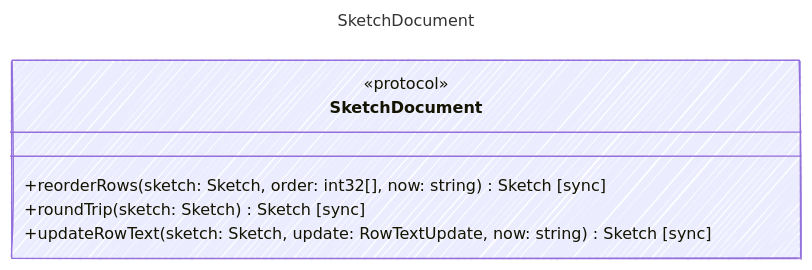
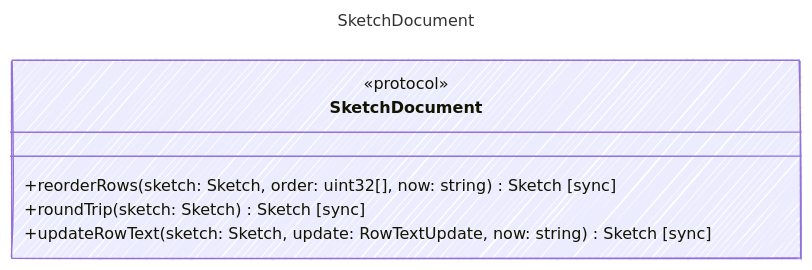
The diagram in contracts/generated/markdown/SketchDocument.md (sethjuarez/cutready), drawn with Mermaid before and after one commit. The commit also changed other lines of this file and 41 other files, not shown here.

````diff
--- a/contracts/generated/markdown/SketchDocument.md
+++ b/contracts/generated/markdown/SketchDocument.md
@@ -17,17 +17,17 @@
 ```mermaid
 ---
 title: SketchDocument
 config:
   look: handDrawn
   theme: colorful
   class:
     hideEmptyMembersBox: true
 ---
 classDiagram
     class SketchDocument {
       <<protocol>>
-        +reorderRows(sketch: Sketch, order: int32[], now: string) Sketch [sync]
+        +reorderRows(sketch: Sketch, order: uint32[], now: string) Sketch [sync]
         +roundTrip(sketch: Sketch) Sketch [sync]
         +updateRowText(sketch: Sketch, update: RowTextUpdate, now: string) Sketch [sync]
     }
 ```
````
